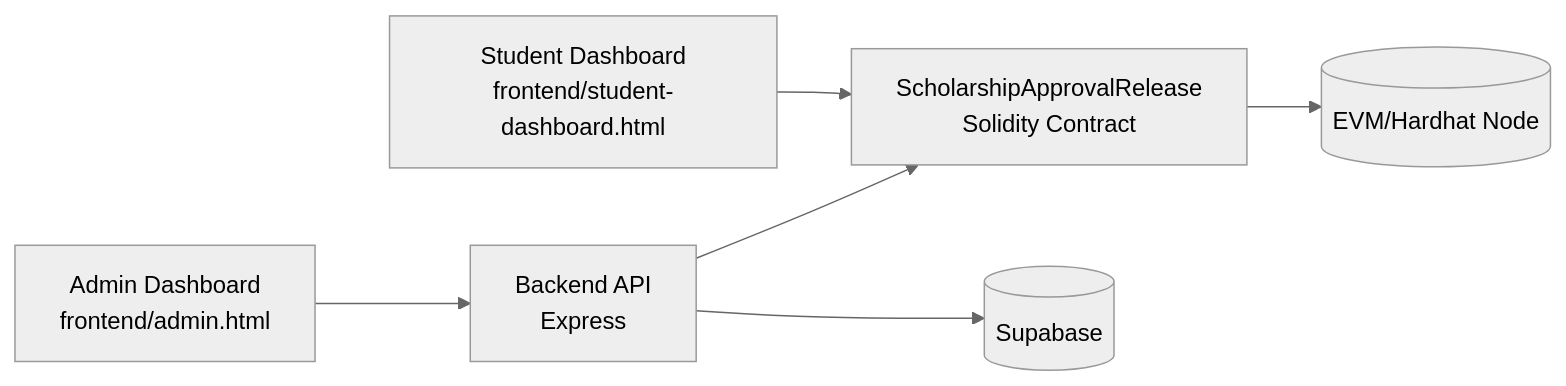
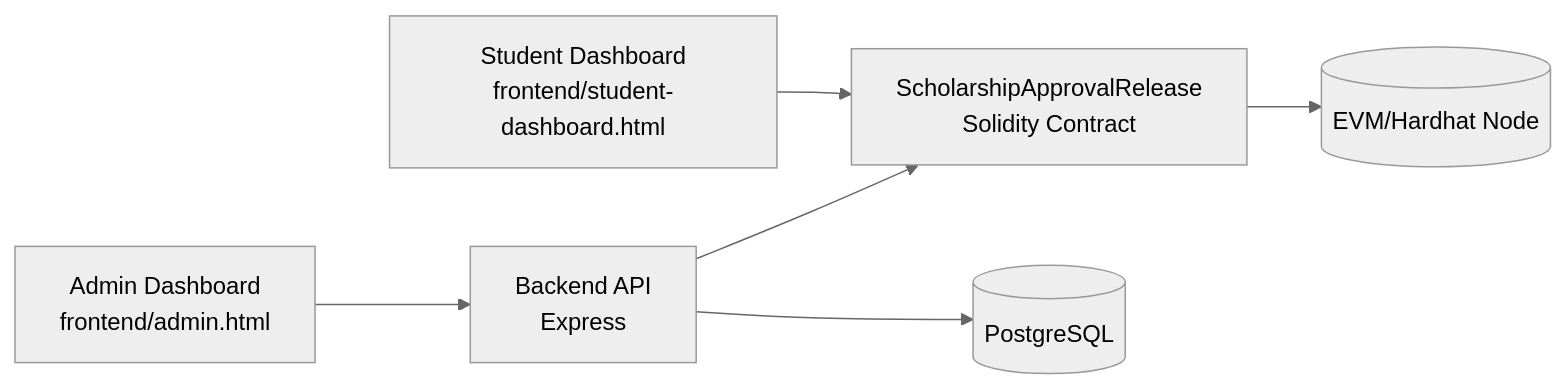
Before and after one commit to ahmedelbamby-aast/ScholarshipDisbursement: the first of 5 diagrams in QUICKSTART.md, drawn with Mermaid (neutral theme). The commit also changed other lines of this file and 20 other files, not shown here.

````diff
--- a/QUICKSTART.md
+++ b/QUICKSTART.md
@@ -207,8 +208,8 @@
 ```mermaid
 flowchart LR
   A[Admin Dashboard\nfrontend/admin.html] --> B[Backend API\nExpress]
   S[Student Dashboard\nfrontend/student-dashboard.html] --> C[ScholarshipApprovalRelease\nSolidity Contract]
   B --> C
-  B --> D[(Supabase)]
+  B --> D[(PostgreSQL)]
   C --> E[(EVM/Hardhat Node)]
 ```
````
